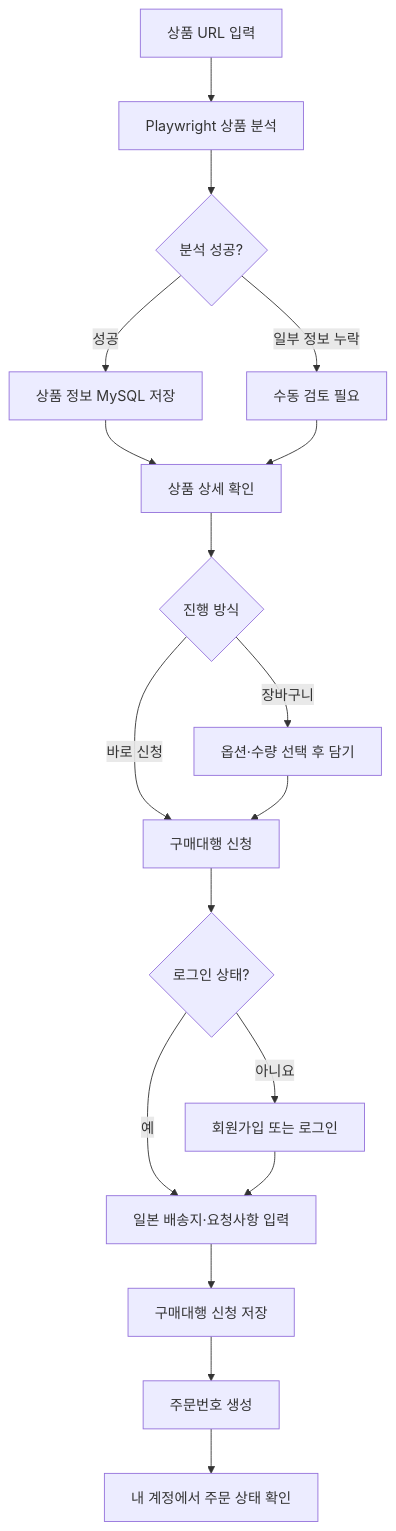
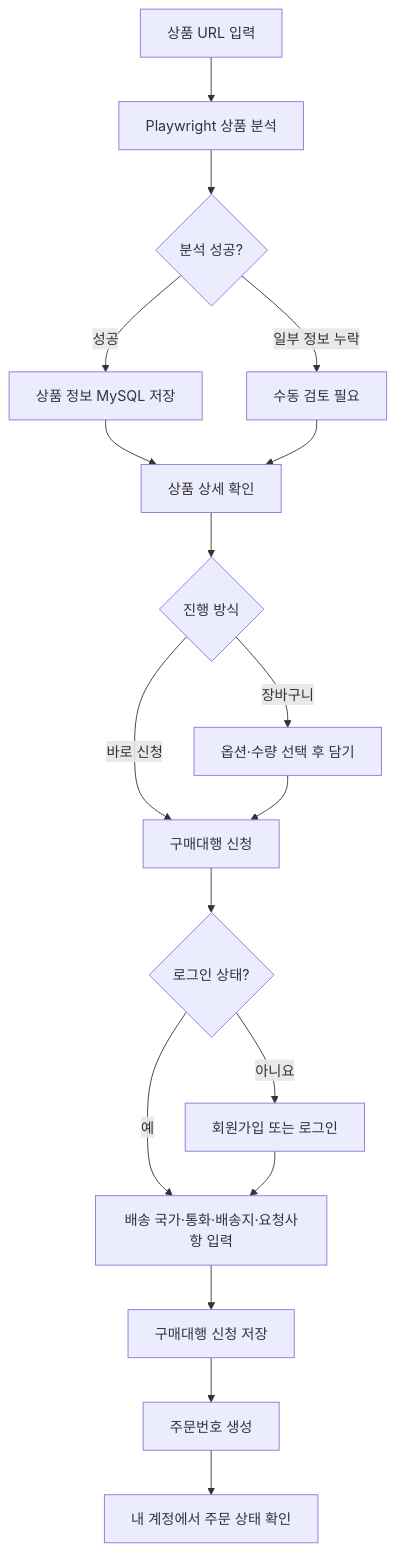
One commit to cjy2727/global_direct changed the diagram in README.md. Above: the diagram before and after it, drawn with Mermaid. The commit also changed other lines of this file and 27 other files, not shown here.

````diff
--- a/README.md
+++ b/README.md
@@ -47,20 +52,20 @@
 ```mermaid
 flowchart TD
     A[상품 URL 입력] --> B[Playwright 상품 분석]
     B --> C{분석 성공?}
     C -- 성공 --> D[상품 정보 MySQL 저장]
     C -- 일부 정보 누락 --> E[수동 검토 필요]
     D --> F[상품 상세 확인]
     E --> F
     F --> G{진행 방식}
     G -- 장바구니 --> H[옵션·수량 선택 후 담기]
     G -- 바로 신청 --> I[구매대행 신청]
     H --> I
     I --> J{로그인 상태?}
     J -- 아니요 --> K[회원가입 또는 로그인]
-    J -- 예 --> L[일본 배송지·요청사항 입력]
+    J -- 예 --> L[배송 국가·통화·배송지·요청사항 입력]
     K --> L
     L --> M[구매대행 신청 저장]
     M --> N[주문번호 생성]
     N --> O[내 계정에서 주문 상태 확인]
 ```
````
